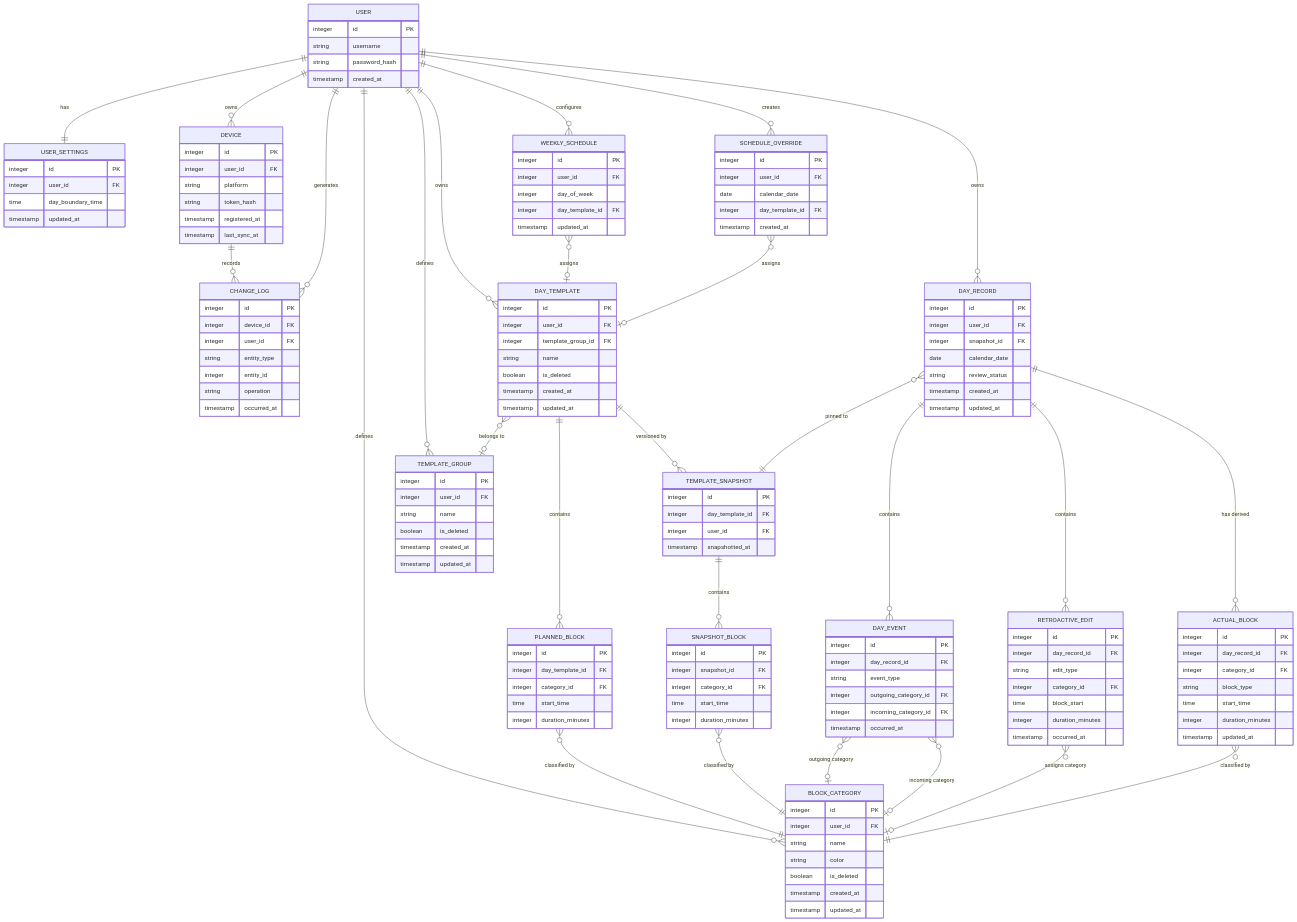
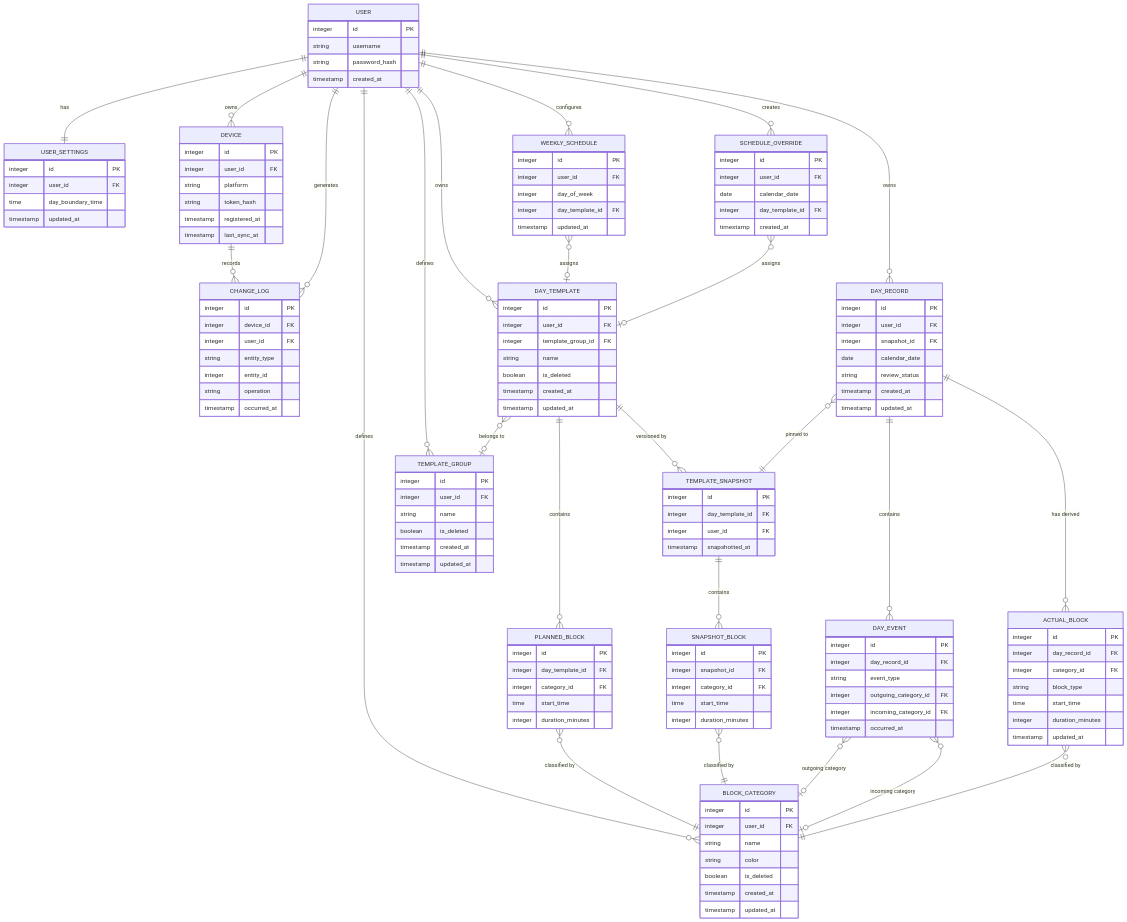
One commit to sem0ark/todo-planner changed the diagram in docs/API and DB.md. Above: the diagram before and after it, drawn with Mermaid. The commit also changed other lines of this file, not shown here.

````diff
--- a/docs/API and DB.md
+++ b/docs/API and DB.md
@@ -177,16 +178,6 @@
         timestamp occurred_at
     }
 
-    RETROACTIVE_EDIT {
-        integer id PK
-        integer day_record_id FK
-        string edit_type
-        integer category_id FK
-        time block_start
-        integer duration_minutes
-        timestamp occurred_at
-    }
-
     ACTUAL_BLOCK {
         integer id PK
         integer day_record_id FK
@@ -225,8 +216,6 @@
     DAY_RECORD ||--o{ DAY_EVENT : "contains"
     DAY_EVENT }o--o| BLOCK_CATEGORY : "outgoing category"
     DAY_EVENT }o--o| BLOCK_CATEGORY : "incoming category"
-    DAY_RECORD ||--o{ RETROACTIVE_EDIT : "contains"
-    RETROACTIVE_EDIT }o--o| BLOCK_CATEGORY : "assigns category"
     DAY_RECORD ||--o{ ACTUAL_BLOCK : "has derived"
     ACTUAL_BLOCK }o--|| BLOCK_CATEGORY : "classified by"
 ```
````
